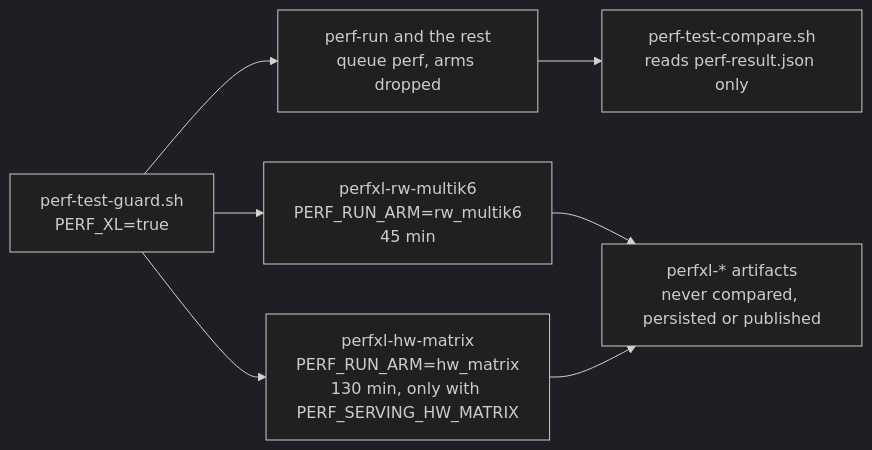
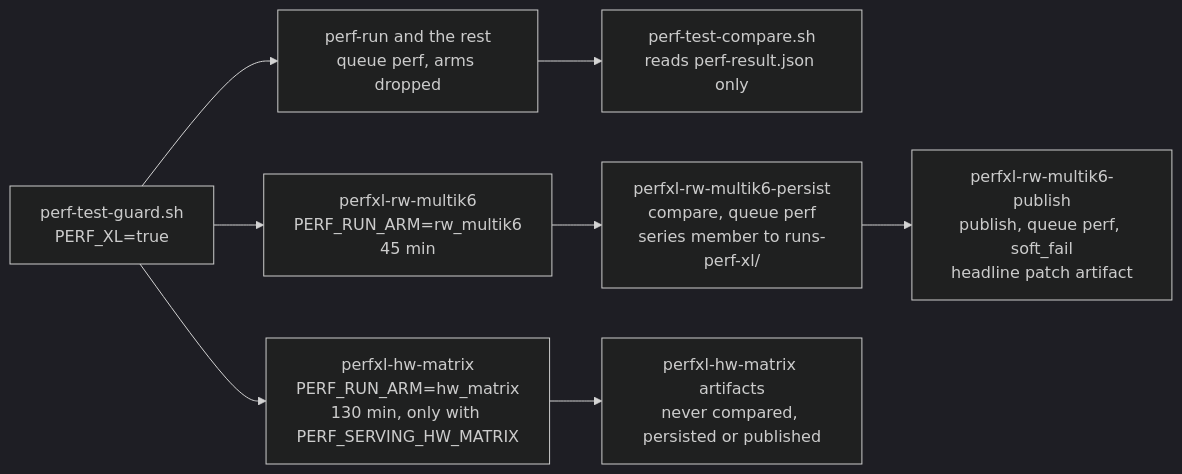
Before and after one commit to inspire12/mockserver: the third of 10 diagrams in docs/infrastructure/ci-cd.md, drawn with Mermaid (dark theme). The commit also changed other lines of this file and 20 other files, not shown here.

````diff
--- a/docs/infrastructure/ci-cd.md
+++ b/docs/infrastructure/ci-cd.md
@@ -287,17 +287,22 @@
 ```mermaid
 flowchart LR
   guard["perf-test-guard.sh
 PERF_XL=true"] --> main["perf-run and the rest
 queue perf, arms dropped"]
   guard --> rw["perfxl-rw-multik6
 PERF_RUN_ARM=rw_multik6
 45 min"]
   guard --> hwm["perfxl-hw-matrix
 PERF_RUN_ARM=hw_matrix
 130 min, only with PERF_SERVING_HW_MATRIX"]
   main --> cmp["perf-test-compare.sh
 reads perf-result.json only"]
-  rw --> art["perfxl-* artifacts
+  rw --> persist["perfxl-rw-multik6-persist
+compare, queue perf
+series member to runs-perf-xl/"]
+  persist --> pub["perfxl-rw-multik6-publish
+publish, queue perf, soft_fail
+headline patch artifact"]
+  hwm --> art["perfxl-hw-matrix artifacts
 never compared, persisted or published"]
-  hwm --> art
 ```
````
